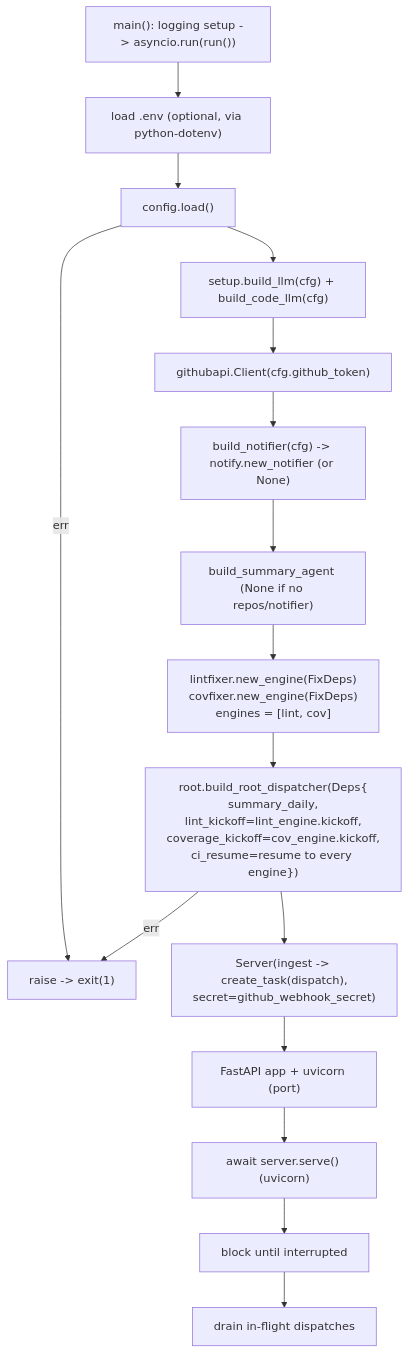
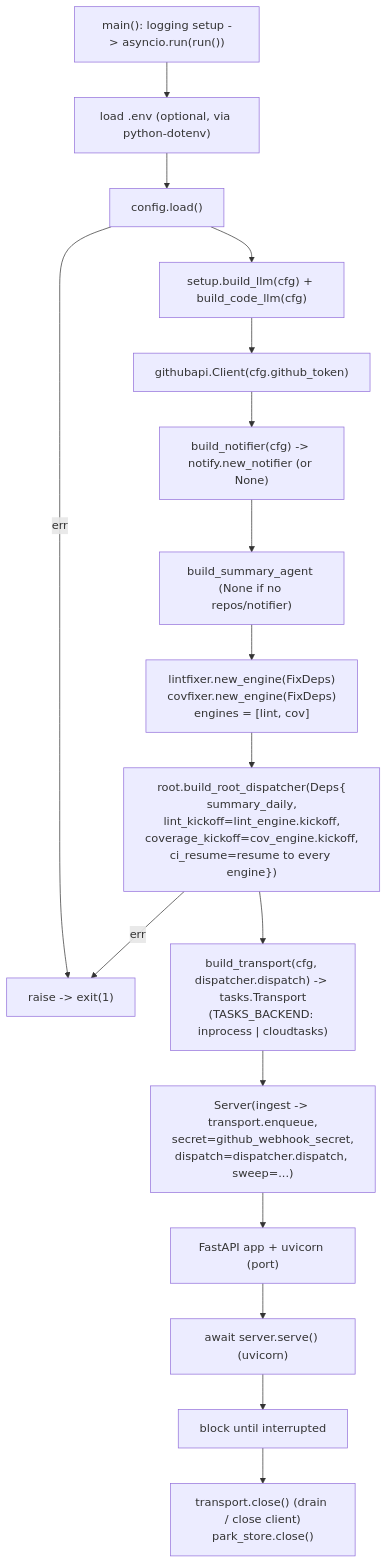
The diagram in python/cmd/agent/AGENTS.md (jkjamies/automation-agent), drawn with Mermaid before and after one commit. The commit also changed other lines of this file and 24 other files, not shown here.

First line of the commit message:
Add in-request execution transport (Cloud Tasks) to the Python port (#20)

````diff
--- a/python/cmd/agent/AGENTS.md
+++ b/python/cmd/agent/AGENTS.md
@@ -7,20 +7,21 @@
 ```mermaid
 flowchart TD
     Main["main(): logging setup -> asyncio.run(run())"] --> Env["load .env (optional, via python-dotenv)"]
     Env --> Cfg["config.load()"]
     Cfg -->|err| Fatal["raise -> exit(1)"]
     Cfg --> LLM["setup.build_llm(cfg) + build_code_llm(cfg)"]
     LLM --> GH["githubapi.Client(cfg.github_token)"]
     GH --> Notif["build_notifier(cfg) -> notify.new_notifier (or None)"]
     Notif --> SumA["build_summary_agent (None if no repos/notifier)"]
     SumA --> Eng["lintfixer.new_engine(FixDeps)<br/>covfixer.new_engine(FixDeps)<br/>engines = [lint, cov]"]
     Eng --> Disp["root.build_root_dispatcher(Deps{<br/>summary_daily,<br/>lint_kickoff=lint_engine.kickoff,<br/>coverage_kickoff=cov_engine.kickoff,<br/>ci_resume=resume to every engine})"]
     Disp -->|err| Fatal
 
-    Disp --> Web["Server(ingest -> create_task(dispatch),<br/>secret=github_webhook_secret)"]
+    Disp --> Trans["build_transport(cfg, dispatcher.dispatch) -> tasks.Transport<br/>(TASKS_BACKEND: inprocess | cloudtasks)"]
+    Trans --> Web["Server(ingest -> transport.enqueue,<br/>secret=github_webhook_secret,<br/>dispatch=dispatcher.dispatch, sweep=...)"]
     Web --> HTTP["FastAPI app + uvicorn (port)"]
 
     HTTP --> Listen["await server.serve() (uvicorn)"]
     Listen --> Block["block until interrupted"]
-    Block --> Shutdown["drain in-flight dispatches"]
+    Block --> Shutdown["transport.close() (drain / close client)<br/>park_store.close()"]
 ```
````
